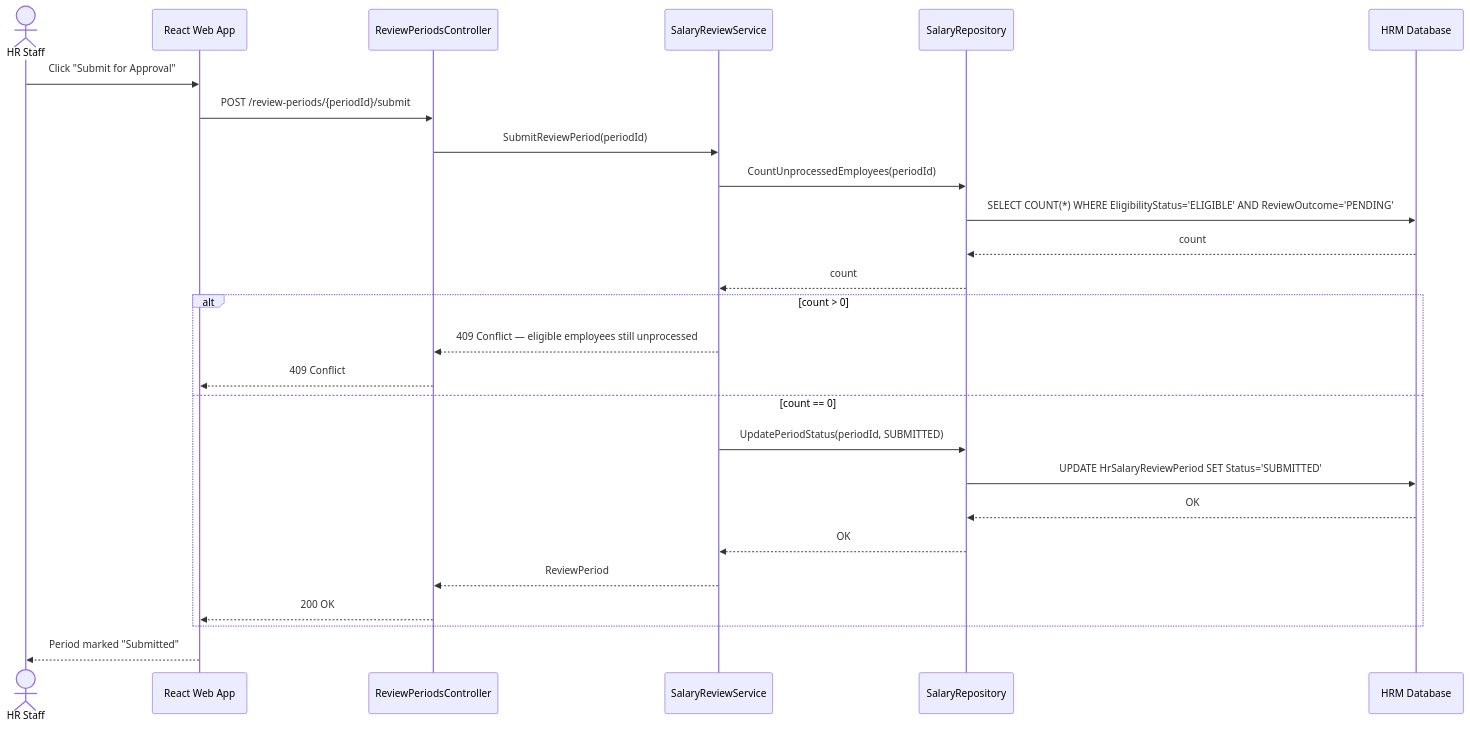
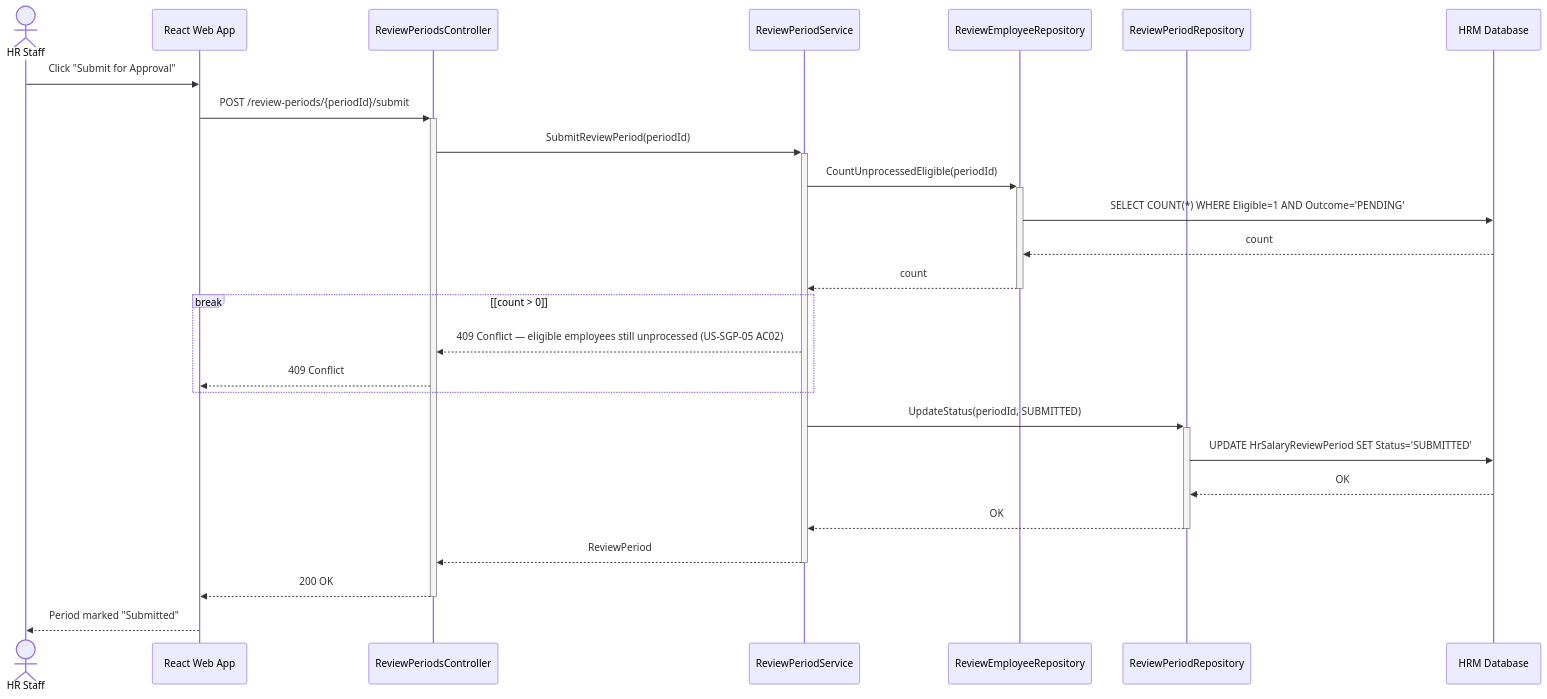
Before and after one commit to sang2197/QuanLyNhanSu-NguyenVanSang: diagram 15 of 20 in Docs/DetailedDesign/SequenceDiagrams.md, drawn with Mermaid. The commit also changed other lines of this file and 30 other files, not shown here.

````diff
--- a/Docs/DetailedDesign/SequenceDiagrams.md
+++ b/Docs/DetailedDesign/SequenceDiagrams.md
@@ -54,29 +646,29 @@
 ```mermaid
 sequenceDiagram
     actor HR as HR Staff
     participant FE as React Web App
     participant API as ReviewPeriodsController
-    participant SVC as SalaryReviewService
-    participant REPO as SalaryRepository
+    participant SVC as ReviewPeriodService
+    participant EREPO as ReviewEmployeeRepository
+    participant PREPO as ReviewPeriodRepository
     participant DB as HRM Database
 
     HR->>FE: Click "Submit for Approval"
-    FE->>API: POST /review-periods/{periodId}/submit
-    API->>SVC: SubmitReviewPeriod(periodId)
-    SVC->>REPO: CountUnprocessedEmployees(periodId)
-    REPO->>DB: SELECT COUNT(*) WHERE EligibilityStatus='ELIGIBLE' AND ReviewOutcome='PENDING'
-    DB-->>REPO: count
-    REPO-->>SVC: count
-    alt count > 0
-        SVC-->>API: 409 Conflict — eligible employees still unprocessed
+    FE->>+API: POST /review-periods/{periodId}/submit
+    API->>+SVC: SubmitReviewPeriod(periodId)
+    SVC->>+EREPO: CountUnprocessedEligible(periodId)
+    EREPO->>DB: SELECT COUNT(*) WHERE Eligible=1 AND Outcome='PENDING'
+    DB-->>EREPO: count
+    EREPO-->>-SVC: count
+    break [count > 0]
+        SVC-->>API: 409 Conflict — eligible employees still unprocessed (US-SGP-05 AC02)
         API-->>FE: 409 Conflict
-    else count == 0
-        SVC->>REPO: UpdatePeriodStatus(periodId, SUBMITTED)
-        REPO->>DB: UPDATE HrSalaryReviewPeriod SET Status='SUBMITTED'
-        DB-->>REPO: OK
-        REPO-->>SVC: OK
-        SVC-->>API: ReviewPeriod
-        API-->>FE: 200 OK
     end
+    SVC->>+PREPO: UpdateStatus(periodId, SUBMITTED)
+    PREPO->>DB: UPDATE HrSalaryReviewPeriod SET Status='SUBMITTED'
+    DB-->>PREPO: OK
+    PREPO-->>-SVC: OK
+    SVC-->>-API: ReviewPeriod
+    API-->>-FE: 200 OK
     FE-->>HR: Period marked "Submitted"
 ```
````
